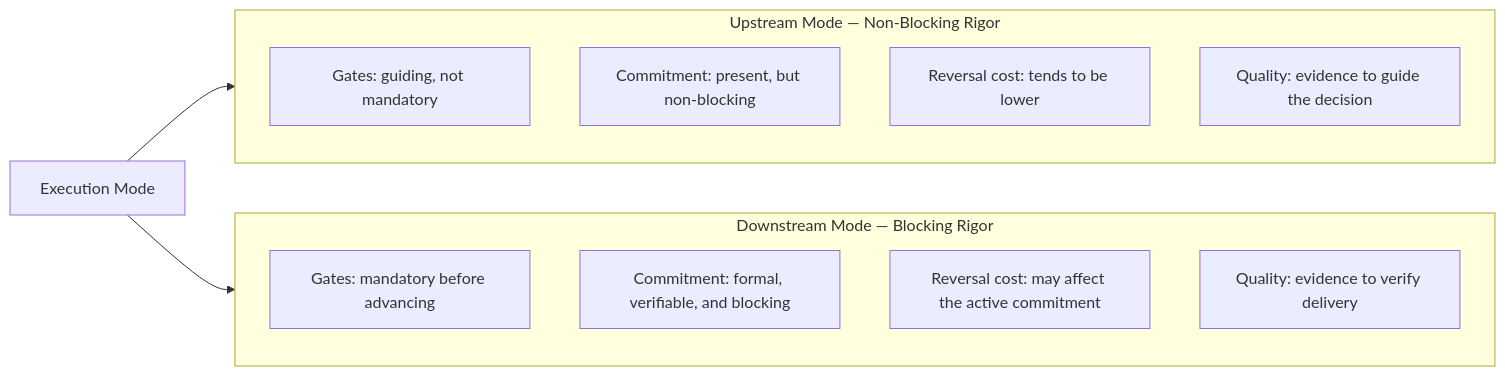
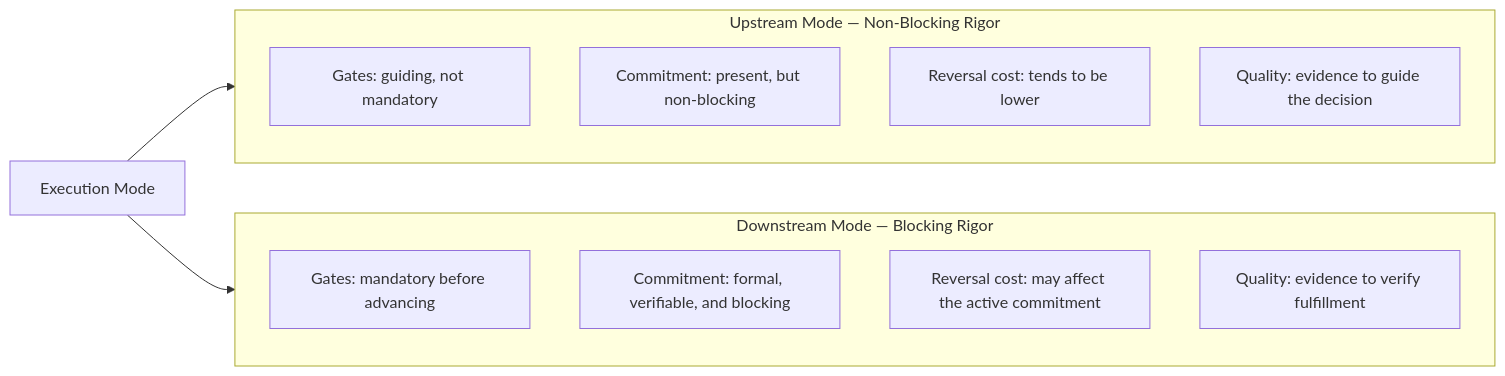
One commit to produtoreativo/from-intent-to-outcome changed the first of 4 diagrams in en/chapter-03.md. Above: the diagram before and after it, drawn with Mermaid. The commit also changed other lines of this file and 5 other files, not shown here.

````diff
--- a/en/chapter-03.md
+++ b/en/chapter-03.md
@@ -50,17 +50,17 @@
 ```mermaid
 graph LR
     subgraph Upstream["Upstream Mode — Non-Blocking Rigor"]
         U1[Gates: guiding, not mandatory]
         U2[Commitment: present, but non-blocking]
         U3[Reversal cost: tends to be lower]
         U4[Quality: evidence to guide the decision]
     end
     subgraph Downstream["Downstream Mode — Blocking Rigor"]
         D1[Gates: mandatory before advancing]
         D2[Commitment: formal, verifiable, and blocking]
         D3[Reversal cost: may affect the active commitment]
-        D4[Quality: evidence to verify delivery]
+        D4[Quality: evidence to verify fulfillment]
     end
     MODO[Execution Mode] --> Upstream
     MODO --> Downstream
 ```
````
